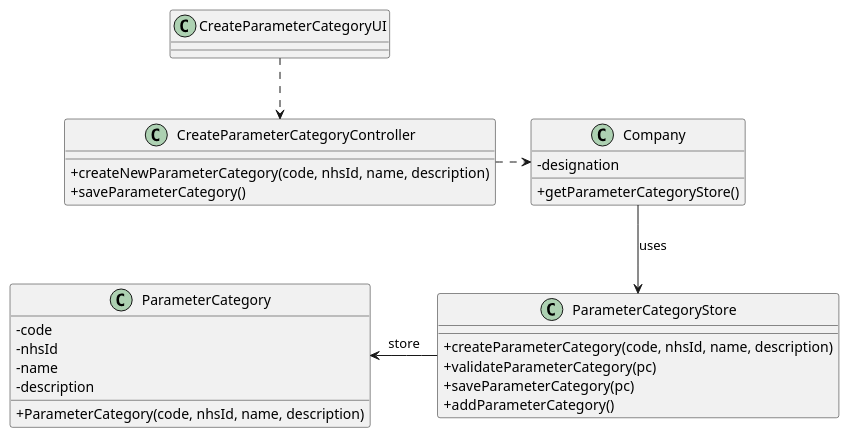
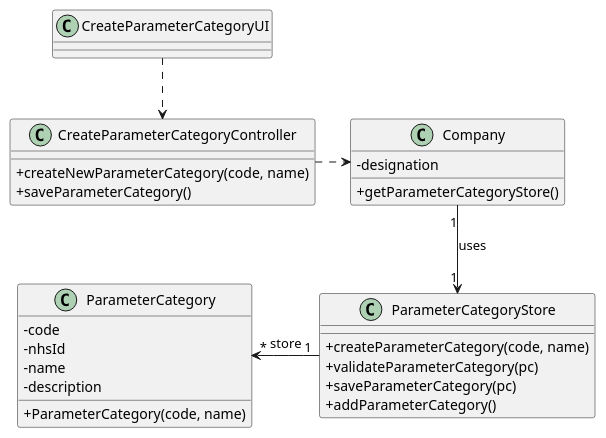
Before and after one commit to GuilhermeCunha79/lapr2: the diagram in docs/SprintB/US11/UC11_CD.puml, drawn with PlantUML. The commit also changed 8 other files, not shown here.

Commit message:
[US-11] - commit introduces minor changes to the User Story 11 document and all related diagrams [US-10] - commit introduces minor changes to the User Story 10 document and all related diagrams

```diff
--- a/docs/SprintB/US11/UC11_CD.puml
+++ b/docs/SprintB/US11/UC11_CD.puml
@@ -1,38 +1,38 @@
 @startuml
 skinparam classAttributeIconSize 0
 
 class CreateParameterCategoryUI{
 }
 
 class CreateParameterCategoryController
 {
-    +createNewParameterCategory(code, nhsId, name, description)
+    +createNewParameterCategory(code, name)
     +saveParameterCategory()
 }
 
 class ParameterCategory{
     -code
     -nhsId
     -name
     -description
-    +ParameterCategory(code, nhsId, name, description)
+    +ParameterCategory(code, name)
 }
 
 class Company{
 	-designation
 	+getParameterCategoryStore()
 }
 
 class ParameterCategoryStore{
-    +createParameterCategory(code, nhsId, name, description)
+    +createParameterCategory(code, name)
     +validateParameterCategory(pc)
     +saveParameterCategory(pc)
     +addParameterCategory()
 }
 
 CreateParameterCategoryUI ..> CreateParameterCategoryController
 CreateParameterCategoryController .right.> Company
-Company --> ParameterCategoryStore : uses
-ParameterCategoryStore -left-> ParameterCategory : store
+Company"1" --> "1"ParameterCategoryStore : uses
+ParameterCategoryStore"1" -left-> "*"ParameterCategory : store
 
 @enduml
```
